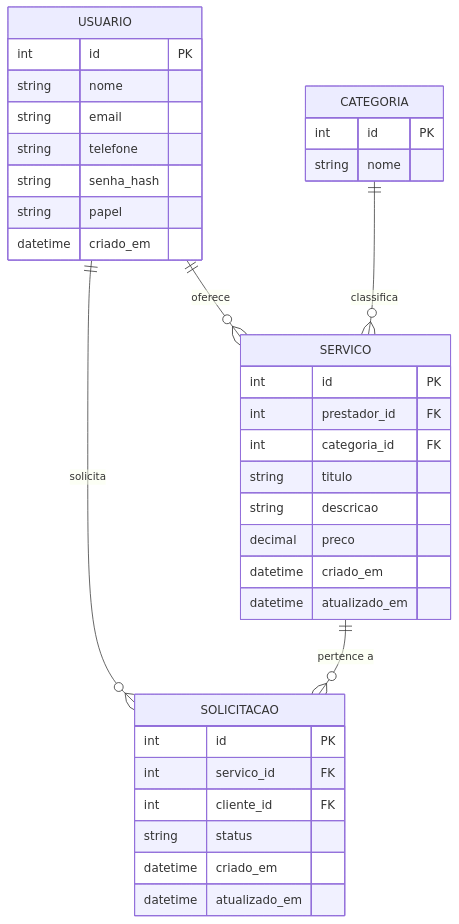
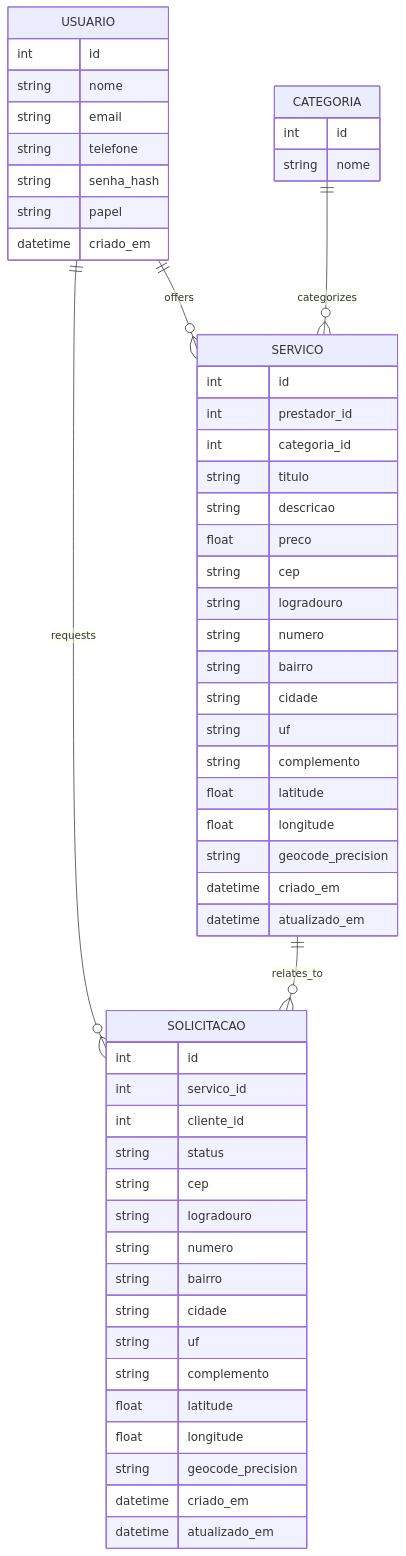
The diagram in docs/database/database_model.md (adsgrupo12/projeto-desenrola-ai), drawn with Mermaid before and after one commit. The commit also changed other lines of this file and 3 other files, not shown here.

Commit message:
Ajustes nos arquivos README.MD, ARCHITECTURE.MD, DATABASE_MODEL.MD E REQUIREMENTS.MD

````diff
--- a/docs/database/database_model.md
+++ b/docs/database/database_model.md
@@ -10,42 +32,62 @@
 ```mermaid
 erDiagram
-  USUARIO ||--o{ SERVICO : "oferece"
-  USUARIO ||--o{ SOLICITACAO : "solicita"
-  SERVICO ||--o{ SOLICITACAO : "pertence a"
-  CATEGORIA ||--o{ SERVICO : "classifica"
+  USUARIO ||--o{ SERVICO : offers
+  USUARIO ||--o{ SOLICITACAO : requests
+  SERVICO ||--o{ SOLICITACAO : relates_to
+  CATEGORIA ||--o{ SERVICO : categorizes
 
   USUARIO {
-    int id PK
+    int id
     string nome
     string email
     string telefone
     string senha_hash
     string papel
     datetime criado_em
   }
 
   CATEGORIA {
-    int id PK
+    int id
     string nome
   }
 
   SERVICO {
-    int id PK
-    int prestador_id FK
-    int categoria_id FK
+    int id
+    int prestador_id
+    int categoria_id
     string titulo
     string descricao
-    decimal preco
+    float preco
+    string cep
+    string logradouro
+    string numero
+    string bairro
+    string cidade
+    string uf
+    string complemento
+    float latitude
+    float longitude
+    string geocode_precision
     datetime criado_em
     datetime atualizado_em
   }
 
   SOLICITACAO {
-    int id PK
-    int servico_id FK
-    int cliente_id FK
+    int id
+    int servico_id
+    int cliente_id
     string status
+    string cep
+    string logradouro
+    string numero
+    string bairro
+    string cidade
+    string uf
+    string complemento
+    float latitude
+    float longitude
+    string geocode_precision
     datetime criado_em
     datetime atualizado_em
   }
 ```
````
